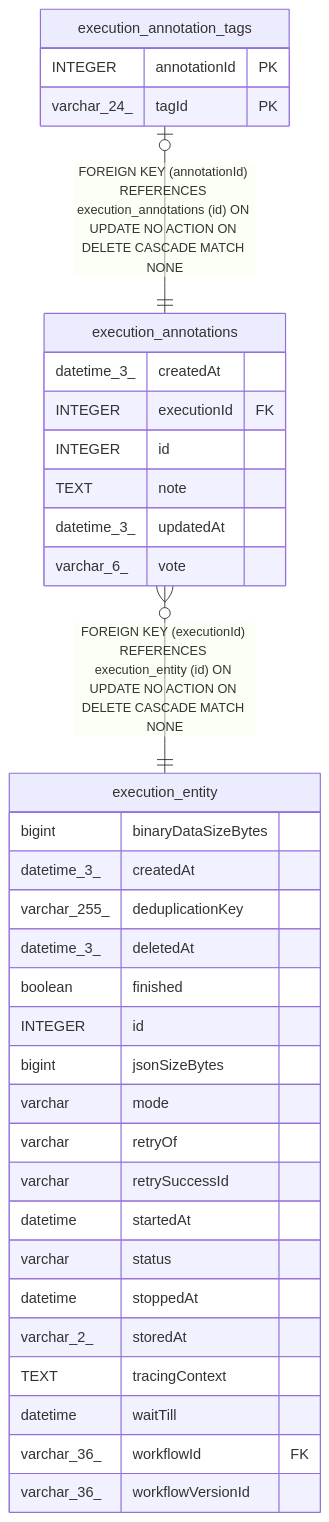
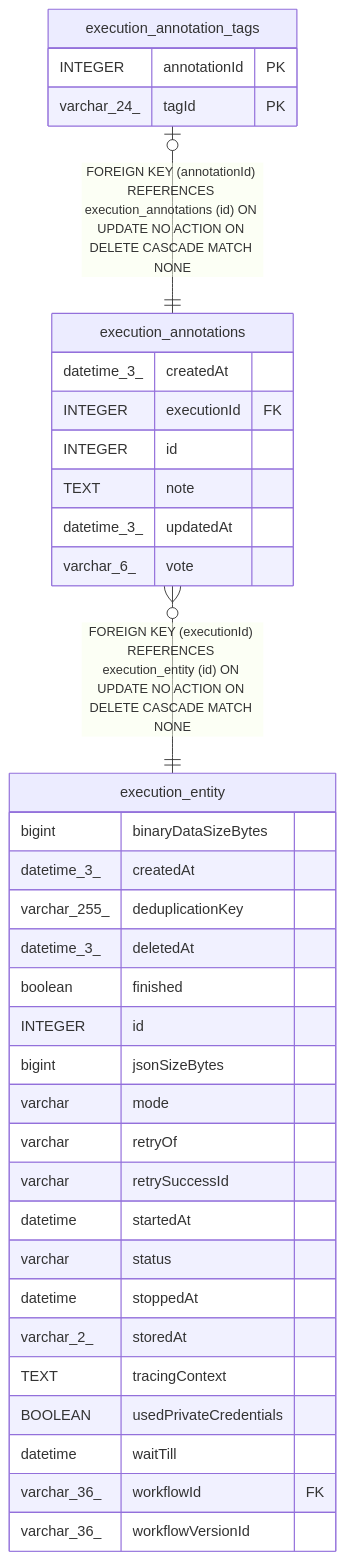
One commit to ggrace519/n8n changed the diagram in docs/generated/sqlite-schema/execution_annotations.md. Above: the diagram before and after it, drawn with Mermaid. The commit also changed 28 other files, not shown here.

````diff
--- a/docs/generated/sqlite-schema/execution_annotations.md
+++ b/docs/generated/sqlite-schema/execution_annotations.md
@@ -40,39 +40,40 @@
 ```mermaid
 erDiagram
 
 "execution_annotations" }o--|| "execution_entity" : "FOREIGN KEY (executionId) REFERENCES execution_entity (id) ON UPDATE NO ACTION ON DELETE CASCADE MATCH NONE"
 "execution_annotation_tags" |o--|| "execution_annotations" : "FOREIGN KEY (annotationId) REFERENCES execution_annotations (id) ON UPDATE NO ACTION ON DELETE CASCADE MATCH NONE"
 
 "execution_annotations" {
   datetime_3_ createdAt
   INTEGER executionId FK
   INTEGER id
   TEXT note
   datetime_3_ updatedAt
   varchar_6_ vote
 }
 "execution_entity" {
   bigint binaryDataSizeBytes
   datetime_3_ createdAt
   varchar_255_ deduplicationKey
   datetime_3_ deletedAt
   boolean finished
   INTEGER id
   bigint jsonSizeBytes
   varchar mode
   varchar retryOf
   varchar retrySuccessId
   datetime startedAt
   varchar status
   datetime stoppedAt
   varchar_2_ storedAt
   TEXT tracingContext
+  BOOLEAN usedPrivateCredentials
   datetime waitTill
   varchar_36_ workflowId FK
   varchar_36_ workflowVersionId
 }
 "execution_annotation_tags" {
   INTEGER annotationId PK
   varchar_24_ tagId PK
 }
 ```
````
